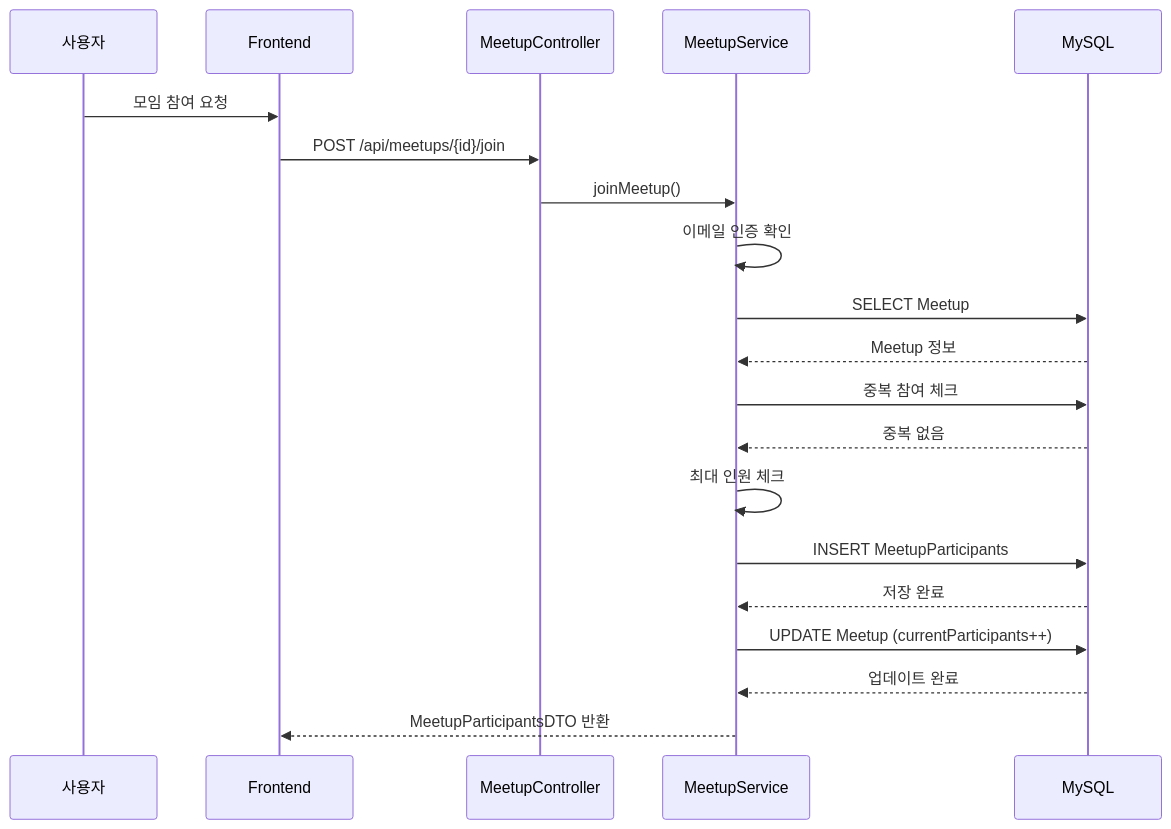
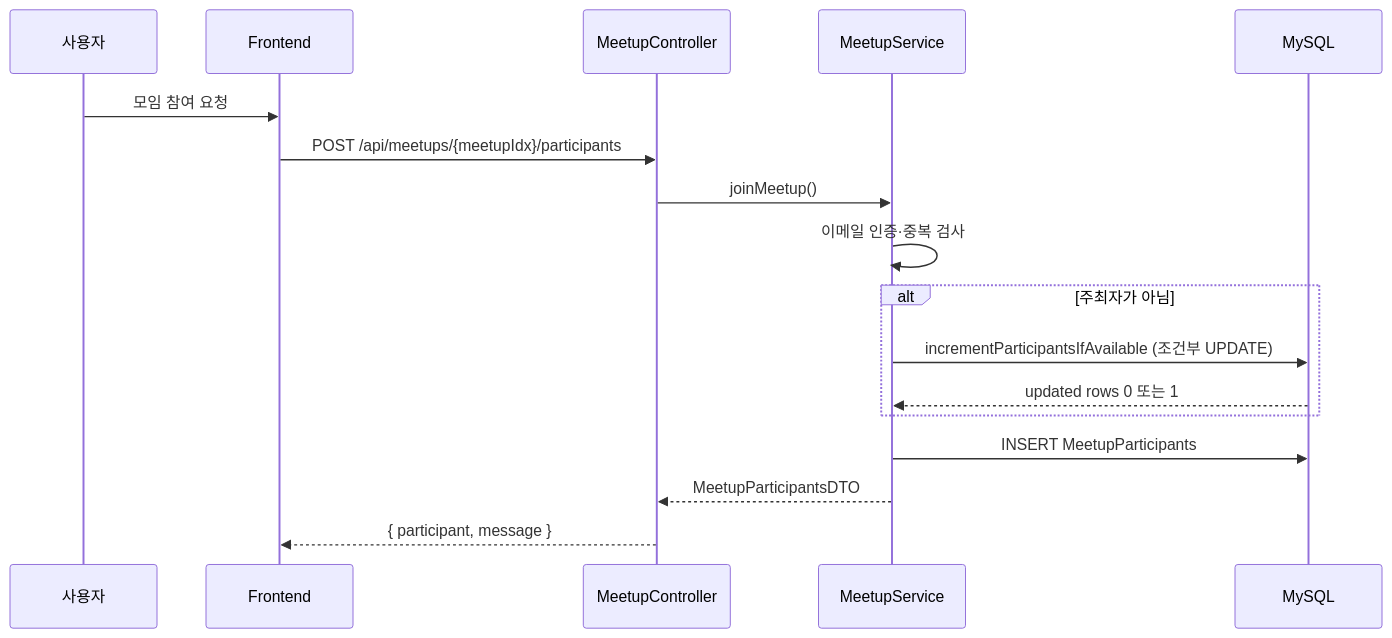
One commit to makkong1/Petory changed the third of 4 diagrams in docs/architecture/산책 & 오프라인 모임 아키텍처.md. Above: the diagram before and after it, drawn with Mermaid. The commit also changed other lines of this file and 12 other files, not shown here.

Commit message:
docs(architecture): 도메인 아키텍처 문서를 최신 코드·API와 동기화

````diff
--- a/docs/architecture/산책 & 오프라인 모임 아키텍처.md
+++ b/docs/architecture/산책 & 오프라인 모임 아키텍처.md
@@ -408,29 +316,21 @@
 ```mermaid
 sequenceDiagram
     participant User as 사용자
     participant Frontend
     participant MeetupController
     participant MeetupService
     participant MySQL
     
     User->>Frontend: 모임 참여 요청
-    Frontend->>MeetupController: POST /api/meetups/{id}/join
+    Frontend->>MeetupController: POST /api/meetups/{meetupIdx}/participants
     MeetupController->>MeetupService: joinMeetup()
     
-    MeetupService->>MeetupService: 이메일 인증 확인
-    MeetupService->>MySQL: SELECT Meetup
-    MySQL-->>MeetupService: Meetup 정보
-    
-    MeetupService->>MySQL: 중복 참여 체크
-    MySQL-->>MeetupService: 중복 없음
-    
-    MeetupService->>MeetupService: 최대 인원 체크
-    
+    MeetupService->>MeetupService: 이메일 인증·중복 검사
+    alt 주최자가 아님
+        MeetupService->>MySQL: incrementParticipantsIfAvailable (조건부 UPDATE)
+        MySQL-->>MeetupService: updated rows 0 또는 1
+    end
     MeetupService->>MySQL: INSERT MeetupParticipants
-    MySQL-->>MeetupService: 저장 완료
-    
-    MeetupService->>MySQL: UPDATE Meetup (currentParticipants++)
-    MySQL-->>MeetupService: 업데이트 완료
-    
-    MeetupService-->>Frontend: MeetupParticipantsDTO 반환
+    MeetupService-->>MeetupController: MeetupParticipantsDTO
+    MeetupController-->>Frontend: { participant, message }
 ```
````
